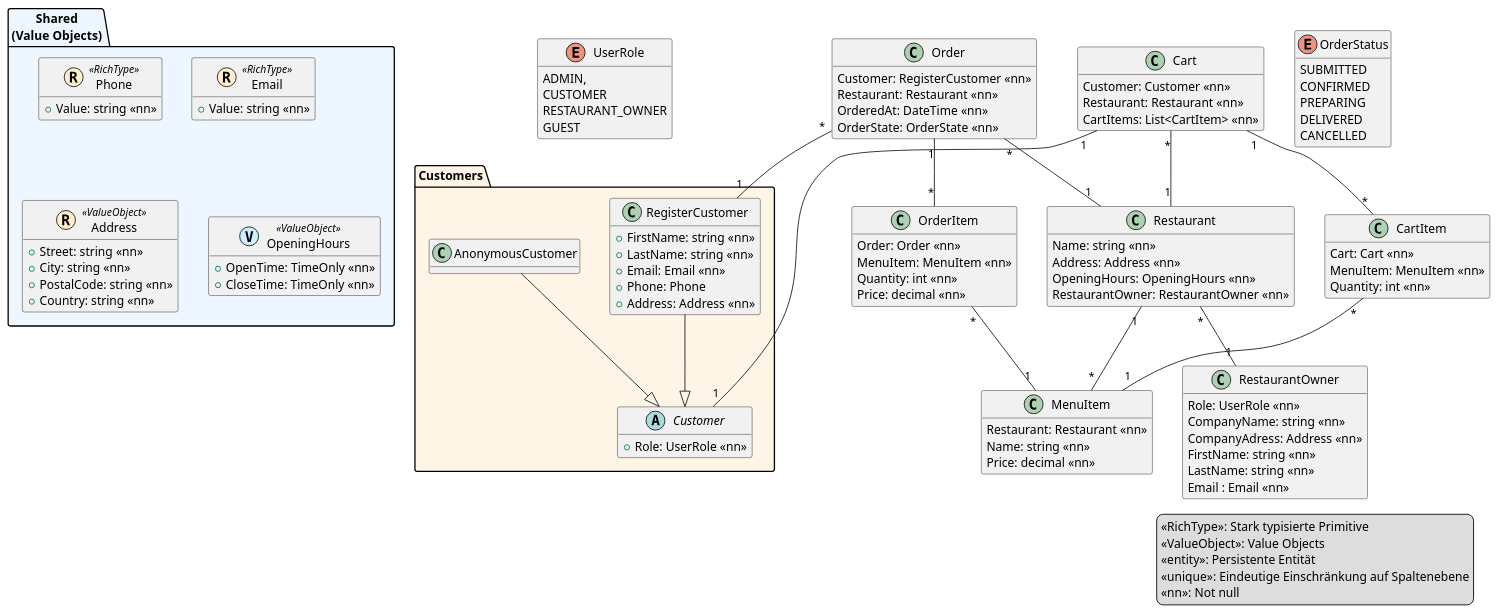
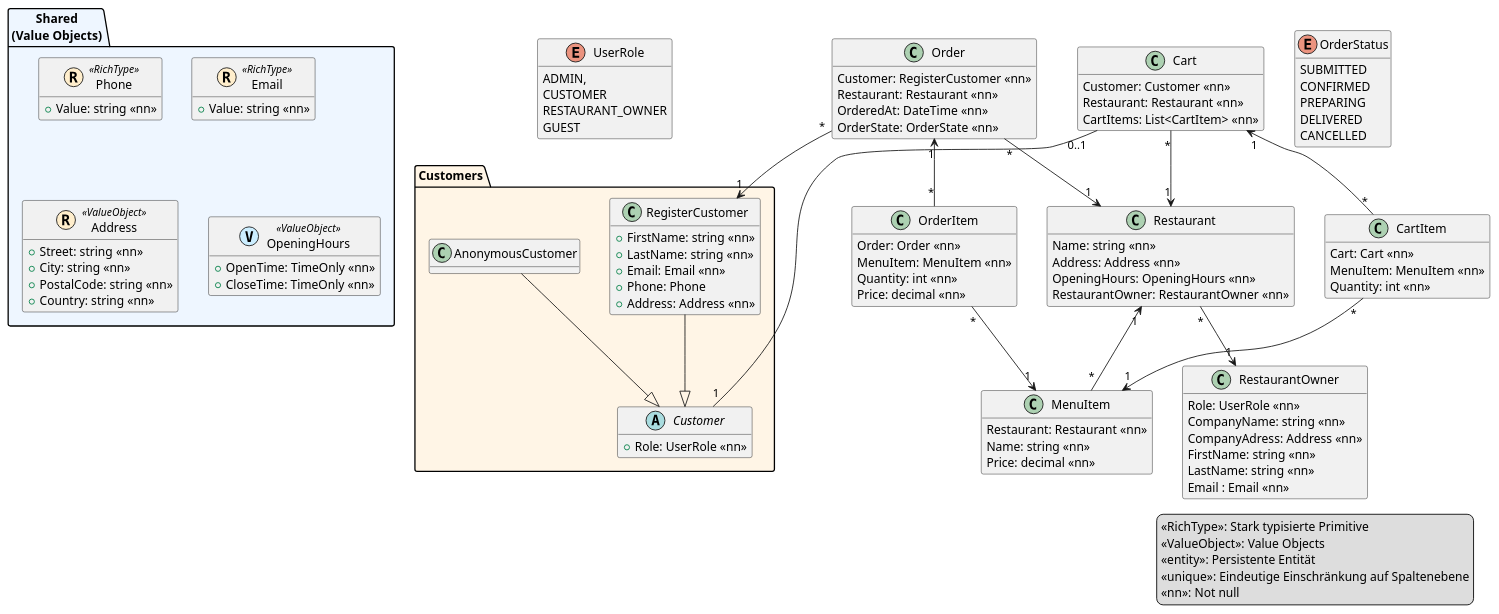
Before and after one commit to rw-dalai/spengerbite-api-6baif: the diagram in model.puml, drawn with PlantUML.

Commit message:
feat: add arrows to puml

```diff
--- a/model.puml
+++ b/model.puml
@@ -1,145 +1,145 @@
 @startuml
 ' ---- Layout & Stil ----
 hide empty methods
  
 ' ---- Legende ----
 legend right
 <<RichType>>: Stark typisierte Primitive
 <<ValueObject>>: Value Objects
 <<entity>>: Persistente Entität
 <<unique>>: Eindeutige Einschränkung auf Spaltenebene
 <<nn>>: Not null
 endlegend
  
 ' ===================== Packages =====================
 
 package "Shared\n(Value Objects)" as P_Shared #EEF6FF {
  
   class Phone << (R,#FFEECC) RichType >> {
     +Value: string <<nn>>
   }
   
   class Email << (R,#FFEECC) RichType >> {
     +Value: string <<nn>>
   }
   
   class Address << (R,#FFEECC) ValueObject >> {
     +Street: string <<nn>>
     +City: string <<nn>>
     +PostalCode: string <<nn>>
     +Country: string <<nn>>
   }
   
   class OpeningHours << (V,#CCEEFF) ValueObject >> {
     +OpenTime: TimeOnly <<nn>>
     +CloseTime: TimeOnly <<nn>>
   }
 }
 
 enum UserRole {
   ADMIN,
   CUSTOMER
   RESTAURANT_OWNER
   GUEST
 }
 
 package "Customers" as P_Customers #FFF5E6 {
 
     abstract class Customer {
       +Role: UserRole <<nn>>
     }
     
     class RegisterCustomer {
       +FirstName: string <<nn>>
       +LastName: string <<nn>>
       +Email: Email <<nn>>
       +Phone: Phone
       +Address: Address <<nn>>
       '+Addresses: List<Address> <<nn>>
     }
     
     class AnonymousCustomer {
     }
 }
 
 class RestaurantOwner {
   Role: UserRole <<nn>>
   CompanyName: string <<nn>>
   CompanyAdress: Address <<nn>>
   FirstName: string <<nn>>
   LastName: string <<nn>>
   Email : Email <<nn>>
 }
 
 enum OrderStatus {
   SUBMITTED
   CONFIRMED
   PREPARING
   DELIVERED
   CANCELLED
 }
 
 class Order {
   Customer: RegisterCustomer <<nn>>
   Restaurant: Restaurant <<nn>>
   OrderedAt: DateTime <<nn>>
   OrderState: OrderState <<nn>>
 }
 
 class OrderItem {
   Order: Order <<nn>>
   MenuItem: MenuItem <<nn>>
   Quantity: int <<nn>>
   Price: decimal <<nn>>
 }
 
 class Restaurant {
   Name: string <<nn>>
   Address: Address <<nn>>
   OpeningHours: OpeningHours <<nn>>
   RestaurantOwner: RestaurantOwner <<nn>>
 }
 
 class MenuItem {
   Restaurant: Restaurant <<nn>>
   Name: string <<nn>>
   Price: decimal <<nn>>
 }
 
 class Cart {
    Customer: Customer <<nn>>
    Restaurant: Restaurant <<nn>>
    CartItems: List<CartItem> <<nn>>
 }
 
 class CartItem {
    Cart: Cart <<nn>>
    MenuItem: MenuItem <<nn>>
    Quantity: int <<nn>>
 }
 
 
 'Beziehungen
 
 
 ' ===================== Beziehungen =====================
 
 RegisterCustomer --|> Customer
 AnonymousCustomer --|> Customer
 
-Order "*" -- "1" RegisterCustomer
-Order "*" -- "1" Restaurant
-Order "1" -- "*" OrderItem
+Order "*" --> "1" RegisterCustomer
+Order "*" --> "1" Restaurant
+Order "1" <-- "*" OrderItem
 
-OrderItem "*" -- "1" MenuItem
+OrderItem "*" --> "1" MenuItem
 
-Restaurant "1" -- "*" MenuItem
-Restaurant "*" -- "1" RestaurantOwner
+Restaurant "1" <-- "*" MenuItem
+Restaurant "*" --> "1" RestaurantOwner
 
-Cart "1" -- "1" Customer
-Cart "*" -- "1" Restaurant
-Cart "1" -- "*" CartItem
+Cart "0..1" -- "1" Customer
+Cart "*" --> "1" Restaurant
+Cart "1" <-- "*" CartItem
 
-CartItem "*" -- "1" MenuItem
+CartItem "*" --> "1" MenuItem
 
 @enduml
```
